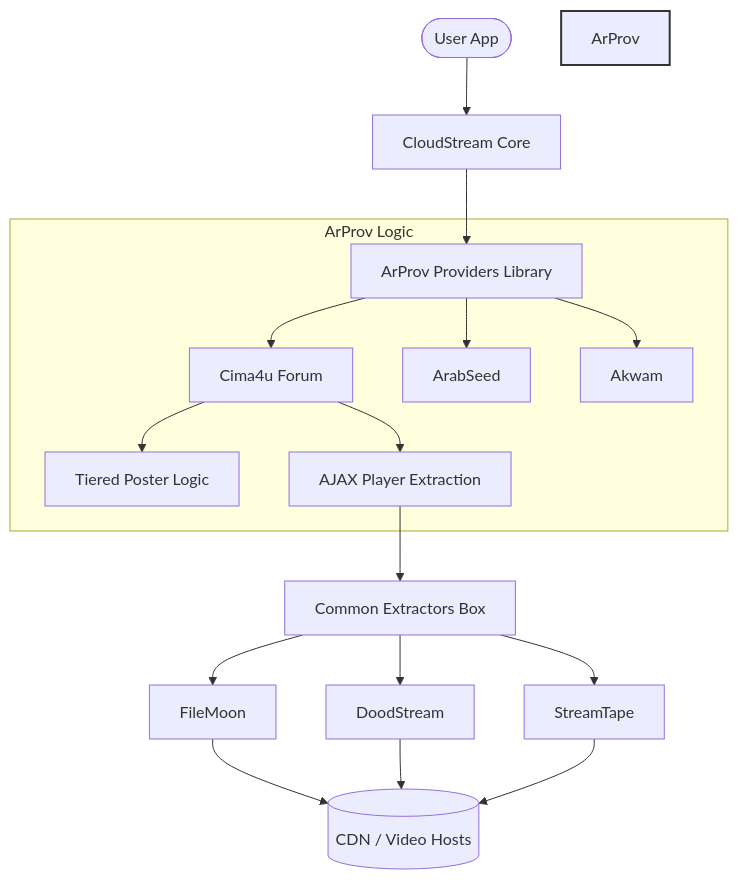
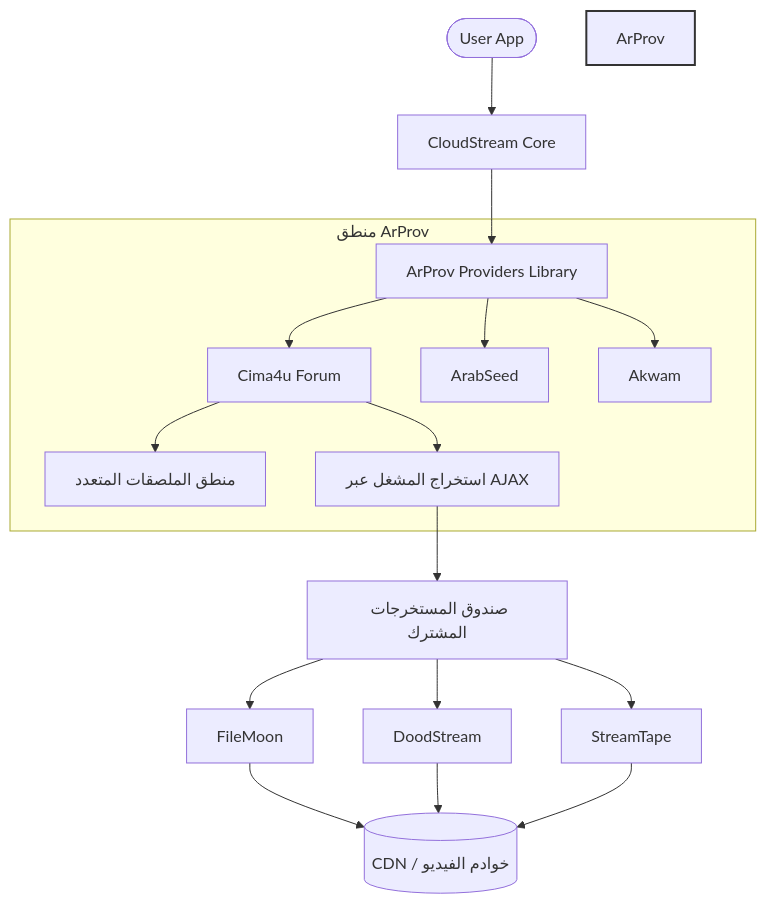
The diagram in README.md (ramailo1/arprov), drawn with Mermaid before and after one commit. The commit also changed other lines of this file and 13 other files, not shown here.

````diff
--- a/README.md
+++ b/README.md
@@ -19,25 +29,25 @@
 ```mermaid
 graph TD
     User([User App]) --> Core[CloudStream Core]
     Core --> Providers[ArProv Providers Library]
     
-    subgraph "ArProv Logic"
+    subgraph "منطق ArProv"
         Providers --> CP[Cima4u Forum]
         Providers --> AS[ArabSeed]
         Providers --> AK[Akwam]
         
-        CP --> tier[Tiered Poster Logic]
-        CP --> ajax[AJAX Player Extraction]
+        CP --> tier[منطق الملصقات المتعدد]
+        CP --> ajax[استخراج المشغل عبر AJAX]
     end
     
-    ajax --> Ext[Common Extractors Box]
+    ajax --> Ext[صندوق المستخرجات المشترك]
     Ext --> FM[FileMoon]
     Ext --> DM[DoodStream]
     Ext --> ST[StreamTape]
     
-    FM --> CDN[(CDN / Video Hosts)]
+    FM --> CDN[(CDN / خوادم الفيديو)]
     DM --> CDN
     ST --> CDN
     
     style ArProv Logic fill:#f9f,stroke:#333,stroke-width:2px
 ```
````
